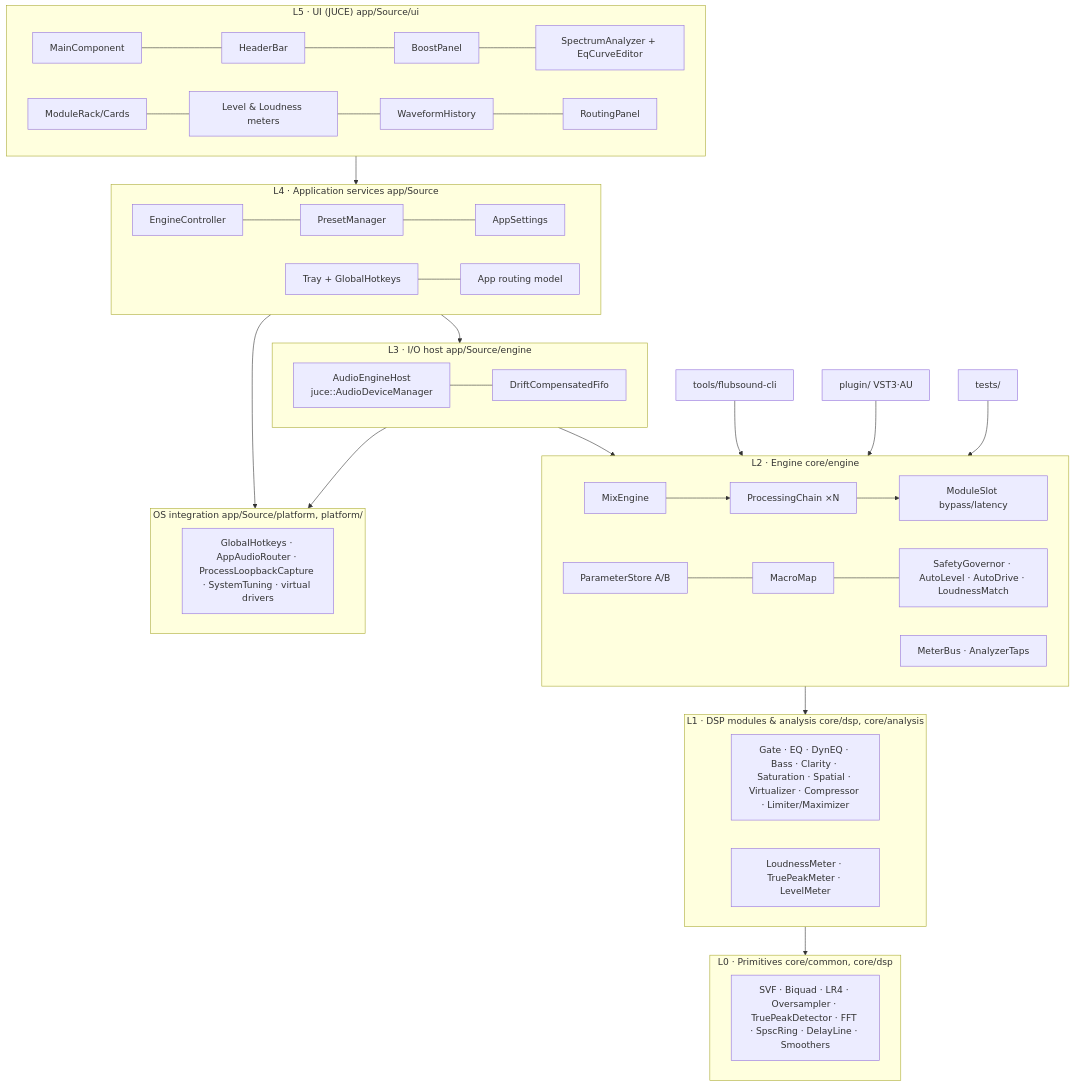
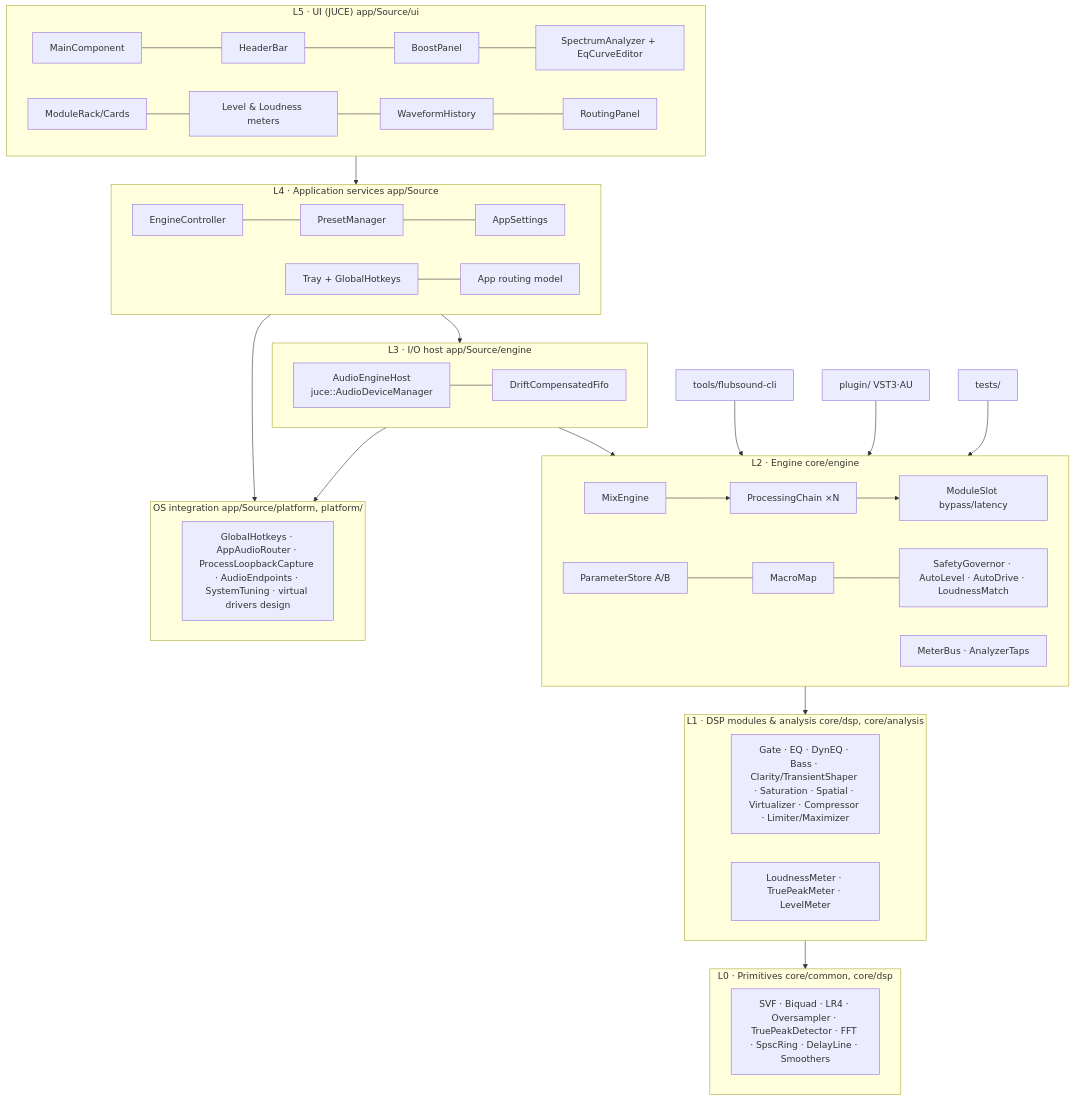
Before and after one commit to flubydooby-creator/Flubsound: the second of 4 diagrams in docs/01-architecture.md, drawn with Mermaid. The commit also changed other lines of this file and 49 other files, not shown here.

````diff
--- a/docs/01-architecture.md
+++ b/docs/01-architecture.md
@@ -62,36 +62,36 @@
 ```mermaid
 flowchart TB
     subgraph L5["L5 · UI (JUCE)  app/Source/ui"]
         MC[MainComponent] --- HB[HeaderBar] --- BP[BoostPanel] --- SA[SpectrumAnalyzer + EqCurveEditor]
         MR[ModuleRack/Cards] --- LM[Level & Loudness meters] --- WH[WaveformHistory] --- RP[RoutingPanel]
     end
     subgraph L4["L4 · Application services  app/Source"]
         EC[EngineController] --- PM[PresetManager] --- AS[AppSettings]
         TR[Tray + GlobalHotkeys] --- RM[App routing model]
     end
     subgraph L3["L3 · I/O host  app/Source/engine"]
         AEH[AudioEngineHost<br/>juce::AudioDeviceManager] --- DCF[DriftCompensatedFifo]
     end
     subgraph L2["L2 · Engine  core/engine"]
         MXE[MixEngine] --> PC[ProcessingChain ×N] --> SL[ModuleSlot bypass/latency]
         PS[ParameterStore A/B] --- MM[MacroMap] --- PR[SafetyGovernor · AutoLevel · AutoDrive · LoudnessMatch]
         MB[MeterBus · AnalyzerTaps]
     end
     subgraph L1["L1 · DSP modules & analysis  core/dsp, core/analysis"]
-        MOD[Gate · EQ · DynEQ · Bass · Clarity · Saturation · Spatial · Virtualizer · Compressor · Limiter/Maximizer]
+        MOD[Gate · EQ · DynEQ · Bass · Clarity/TransientShaper · Saturation · Spatial · Virtualizer · Compressor · Limiter/Maximizer]
         AN[LoudnessMeter · TruePeakMeter · LevelMeter]
     end
     subgraph L0["L0 · Primitives  core/common, core/dsp"]
         PRIM[SVF · Biquad · LR4 · Oversampler · TruePeakDetector · FFT · SpscRing · DelayLine · Smoothers]
     end
     subgraph OSL["OS integration  app/Source/platform, platform/"]
-        PSV[GlobalHotkeys · AppAudioRouter · ProcessLoopbackCapture · SystemTuning · virtual drivers]
+        PSV[GlobalHotkeys · AppAudioRouter · ProcessLoopbackCapture · AudioEndpoints · SystemTuning · virtual drivers design]
     end
 
     L5 --> L4 --> L3 --> L2 --> L1 --> L0
     L4 --> OSL
     L3 --> OSL
     CLI[tools/flubsound-cli] --> L2
     PLG[plugin/ VST3·AU] --> L2
     TST[tests/] --> L2
 ```
````
